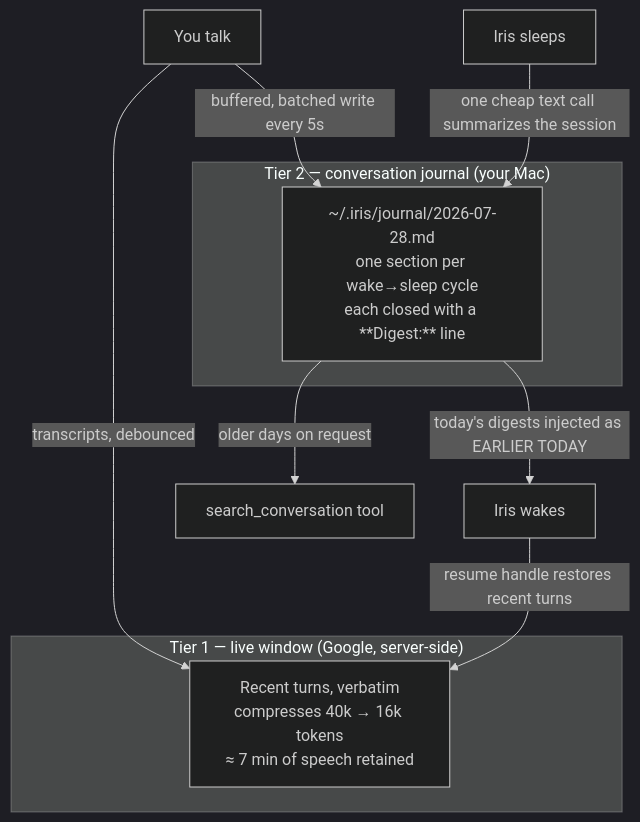
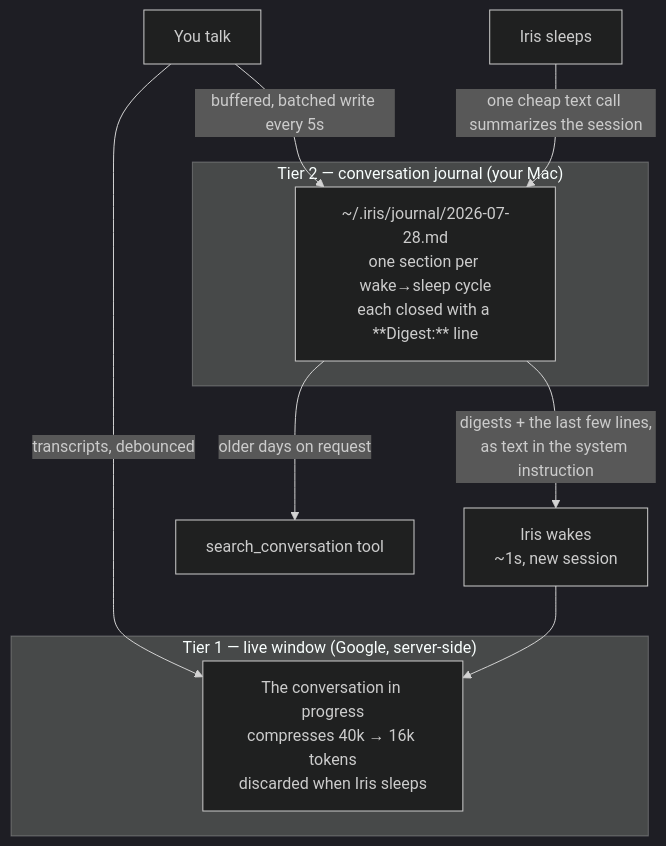
One commit to ASHR12/iris changed the second of 2 diagrams in README.md. Above: the diagram before and after it, drawn with Mermaid (dark theme). The commit also changed other lines of this file and 6 other files, not shown here.

````diff
--- a/README.md
+++ b/README.md
@@ -337,15 +337,15 @@
 ```mermaid
 flowchart TB
   subgraph live["Tier 1 — live window (Google, server-side)"]
-    W["Recent turns, verbatim<br/>compresses 40k → 16k tokens<br/>≈ 7 min of speech retained"]
+    W["The conversation in progress<br/>compresses 40k → 16k tokens<br/>discarded when Iris sleeps"]
   end
   subgraph disk["Tier 2 — conversation journal (your Mac)"]
     F["~/.iris/journal/2026-07-28.md<br/>one section per wake→sleep cycle<br/>each closed with a **Digest:** line"]
   end
   Talk["You talk"] -->|"transcripts, debounced"| W
   Talk -->|"buffered, batched write every 5s"| F
   Sleep["Iris sleeps"] -->|"one cheap text call summarizes the session"| F
-  Wake["Iris wakes"] -->|"resume handle restores recent turns"| W
-  F -->|"today's digests injected as EARLIER TODAY"| Wake
+  F -->|"digests + the last few lines,<br/>as text in the system instruction"| Wake["Iris wakes<br/>~1s, new session"]
+  Wake --> W
   F -->|"older days on request"| Tool["search_conversation tool"]
 ```
````
